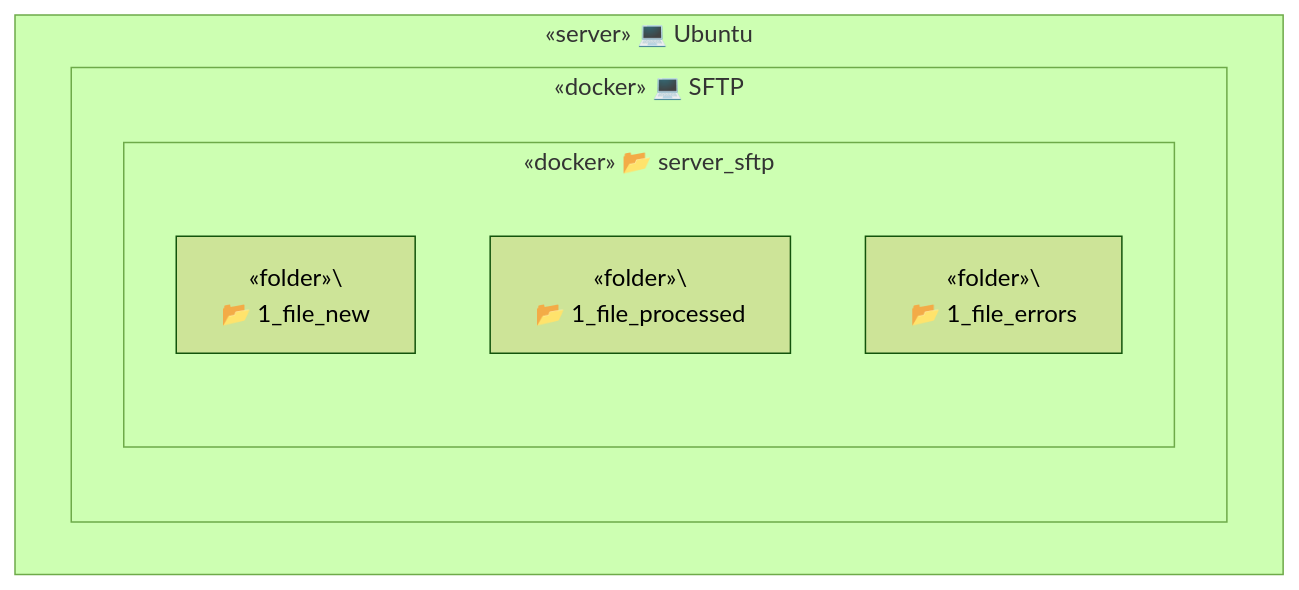
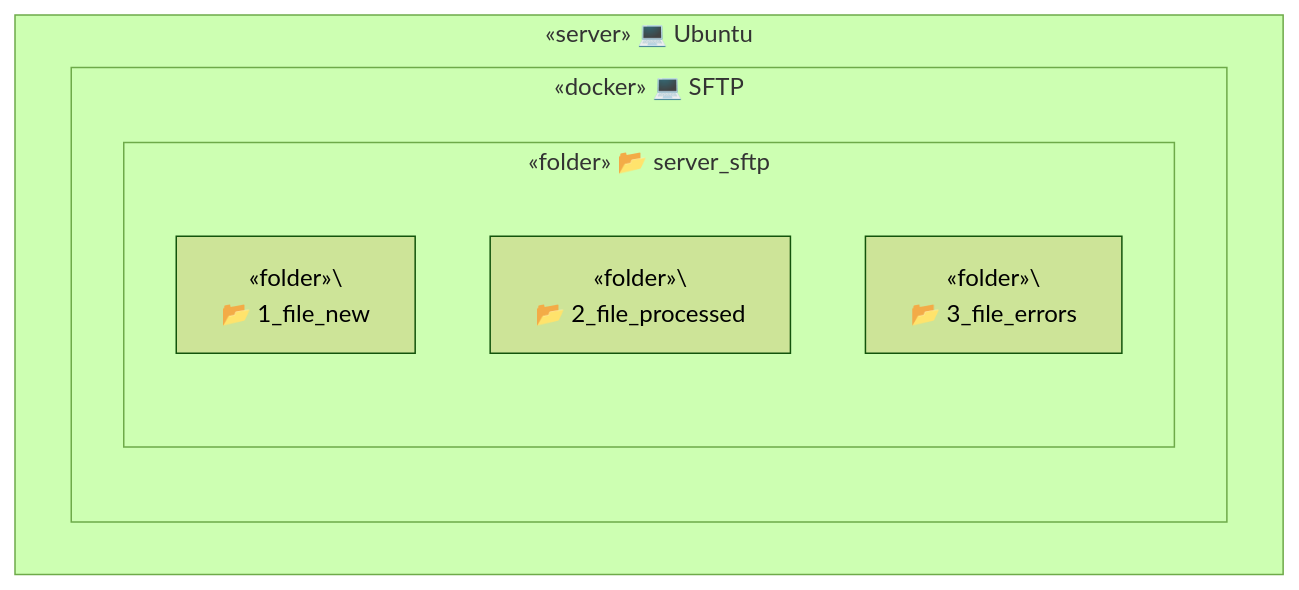
One commit to TrulyDigital/DATA_STREET changed the fourth of 6 diagrams in server_sftp/README.md. Above: the diagram before and after it, drawn with Mermaid (forest theme).

Commit message:
update: server_sftp README.md

````diff
--- a/server_sftp/README.md
+++ b/server_sftp/README.md
@@ -54,12 +54,12 @@
 ```mermaid
 graph TD
     subgraph Container_A [«server» 💻 Ubuntu]
         subgraph Container_B [«docker» 💻 SFTP]
-            subgraph Container_C [«docker» 📂 server_sftp]
+            subgraph Container_C [«folder» 📂 server_sftp]
                 C1[«folder»\<br/> 📂 1_file_new]
-                C2[«folder»\<br/> 📂 1_file_processed]
-                C3[«folder»\<br/> 📂 1_file_errors]
+                C2[«folder»\<br/> 📂 2_file_processed]
+                C3[«folder»\<br/> 📂 3_file_errors]
             end
         end
     end
 ```
````
